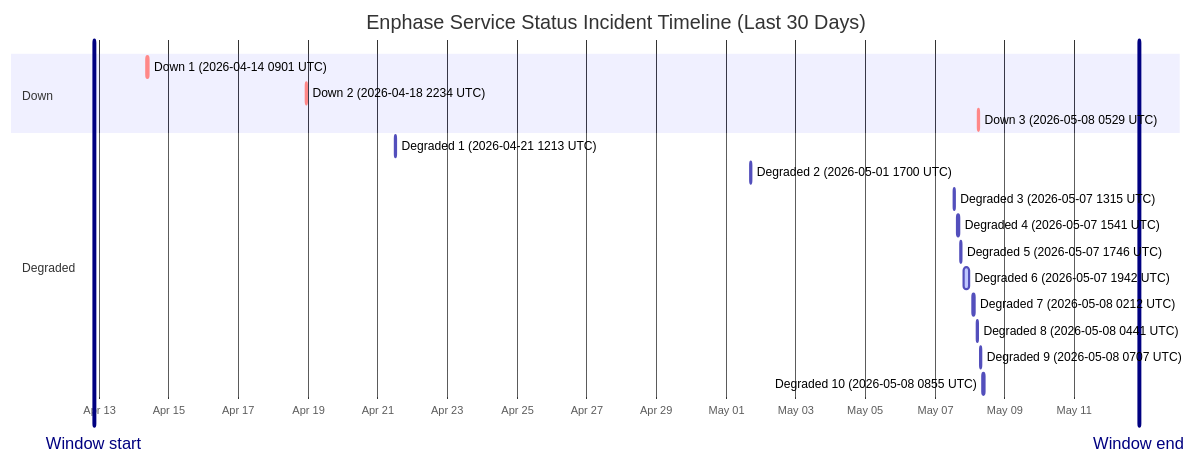
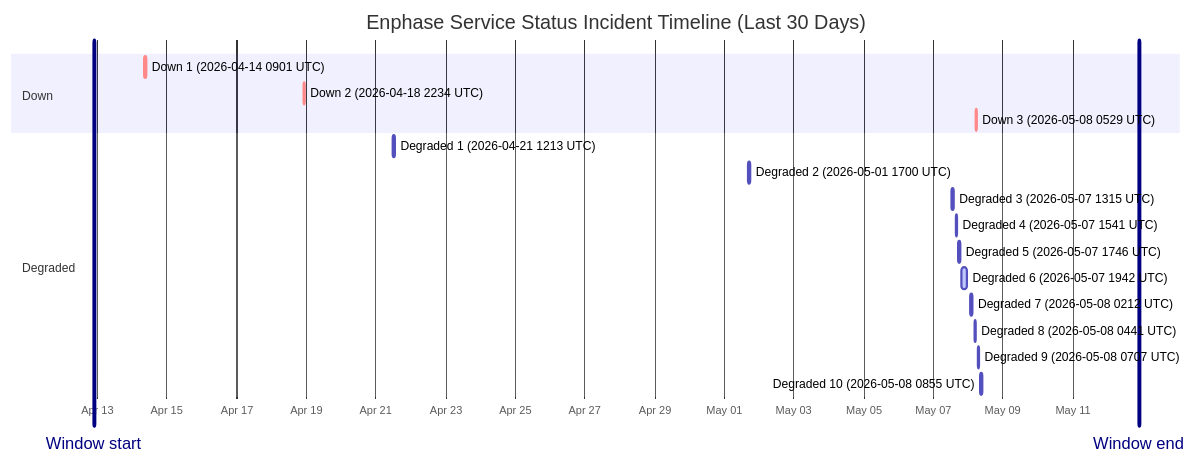
Before and after one commit to barneyonline/ha-enphase-ev-charger: the diagram in wiki/Service-Status-History.md, drawn with Mermaid. The commit also changed other lines of this file and 3 other files, not shown here.

````diff
--- a/wiki/Service-Status-History.md
+++ b/wiki/Service-Status-History.md
@@ -14,23 +14,23 @@
 ```mermaid
 gantt
     title Enphase Service Status Incident Timeline (Last 30 Days)
     dateFormat  YYYY-MM-DDTHH:mm:ss
     axisFormat  %b %d
-    Window start :vert, window-start, 2026-04-12T20:28:11, 0ms
-    Window end :vert, window-end, 2026-05-12T20:28:11, 0ms
+    Window start :vert, window-start, 2026-04-12T21:50:43, 0ms
+    Window end :vert, window-end, 2026-05-12T21:50:43, 0ms
     section Down
     Down 1 (2026-04-14 0901 UTC) :crit, down-1, 2026-04-14T09:01:13, 60m
     Down 2 (2026-04-18 2234 UTC) :crit, down-2, 2026-04-18T22:34:13, 60m
     Down 3 (2026-05-08 0529 UTC) :crit, down-3, 2026-05-08T05:29:47, 60m
     section Degraded
     Degraded 1 (2026-04-21 1213 UTC) :active, degraded-1, 2026-04-21T12:13:11, 60m
     Degraded 2 (2026-05-01 1700 UTC) :active, degraded-2, 2026-05-01T17:00:22, 60m
     Degraded 3 (2026-05-07 1315 UTC) :active, degraded-3, 2026-05-07T13:15:25, 60m
     Degraded 4 (2026-05-07 1541 UTC) :active, degraded-4, 2026-05-07T15:41:58, 60m
     Degraded 5 (2026-05-07 1746 UTC) :active, degraded-5, 2026-05-07T17:46:51, 60m
     Degraded 6 (2026-05-07 1942 UTC) :active, degraded-6, 2026-05-07T19:42:10, 249m
     Degraded 7 (2026-05-08 0212 UTC) :active, degraded-7, 2026-05-08T02:12:39, 60m
     Degraded 8 (2026-05-08 0441 UTC) :active, degraded-8, 2026-05-08T04:41:46, 60m
     Degraded 9 (2026-05-08 0707 UTC) :active, degraded-9, 2026-05-08T07:07:30, 60m
     Degraded 10 (2026-05-08 0855 UTC) :active, degraded-10, 2026-05-08T08:55:20, 88m
 ```
````
